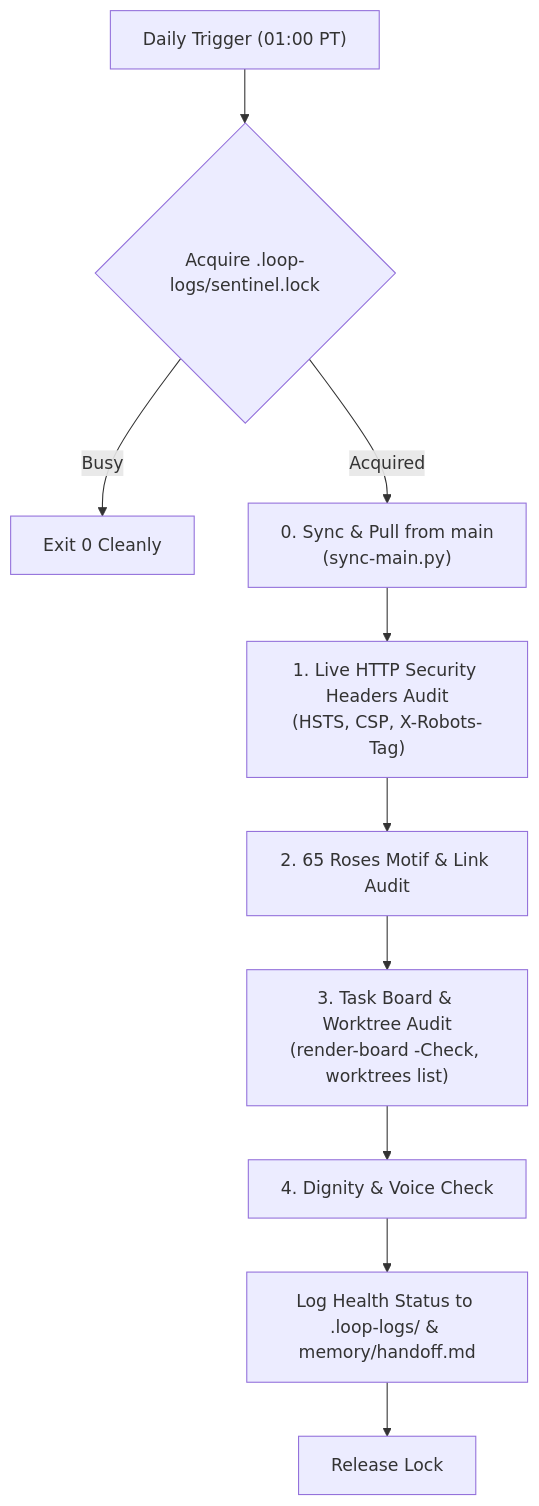
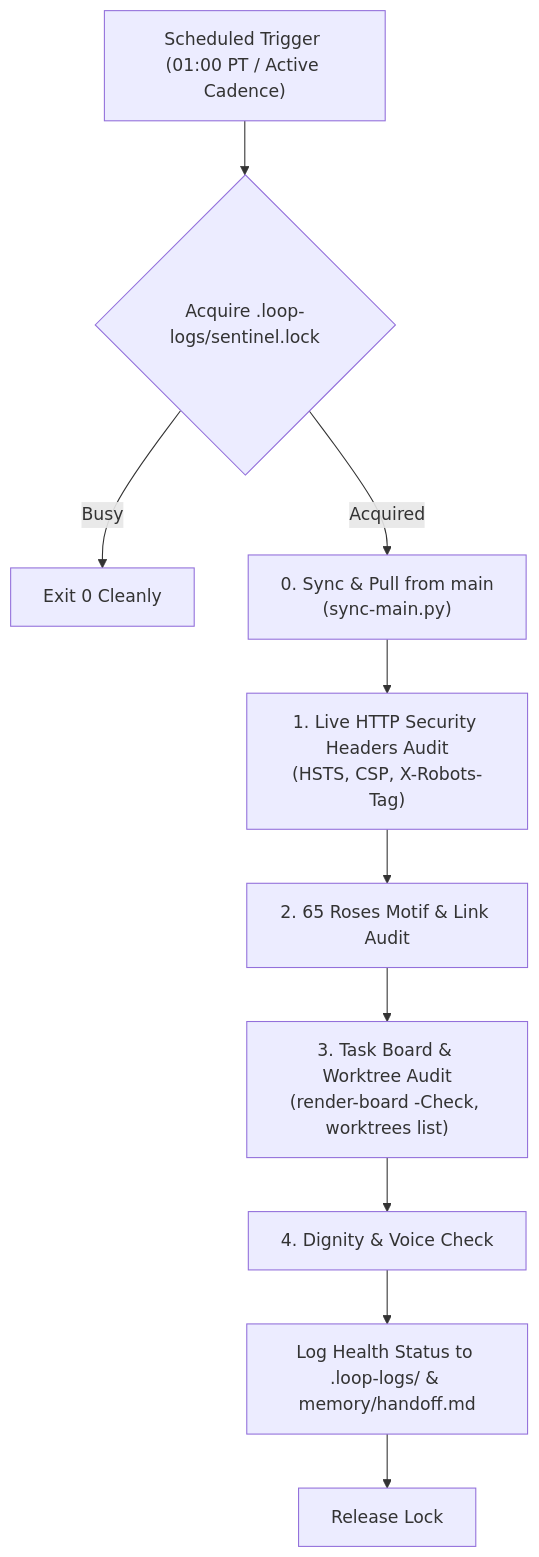
One commit to senseiewok/cf-lab changed the diagram in .claude/skills/scheduled-site-audit/SKILL.md. Above: the diagram before and after it, drawn with Mermaid. The commit also changed other lines of this file and 7 other files, not shown here.

Commit message:
docs(skills): document accelerated active sprint cadences and non-colliding matrix across scheduled sentinels

````diff
--- a/.claude/skills/scheduled-site-audit/SKILL.md
+++ b/.claude/skills/scheduled-site-audit/SKILL.md
@@ -22,12 +23,12 @@
 ```mermaid
 flowchart TD
-    Trigger["Daily Trigger (01:00 PT)"] --> Lock{"Acquire .loop-logs/sentinel.lock"}
+    Trigger["Scheduled Trigger (01:00 PT / Active Cadence)"] --> Lock{"Acquire .loop-logs/sentinel.lock"}
     Lock -->|Busy| Exit["Exit 0 Cleanly"]
     Lock -->|Acquired| Sync["0. Sync & Pull from main\n(sync-main.py)"]
     Sync --> H1["1. Live HTTP Security Headers Audit\n(HSTS, CSP, X-Robots-Tag)"]
     H1 --> H2["2. 65 Roses Motif & Link Audit"]
     H2 --> H3["3. Task Board & Worktree Audit\n(render-board -Check, worktrees list)"]
     H3 --> H4["4. Dignity & Voice Check"]
     H4 --> Report["Log Health Status to .loop-logs/ & memory/handoff.md"]
     Report --> Release["Release Lock"]
 ```
````
